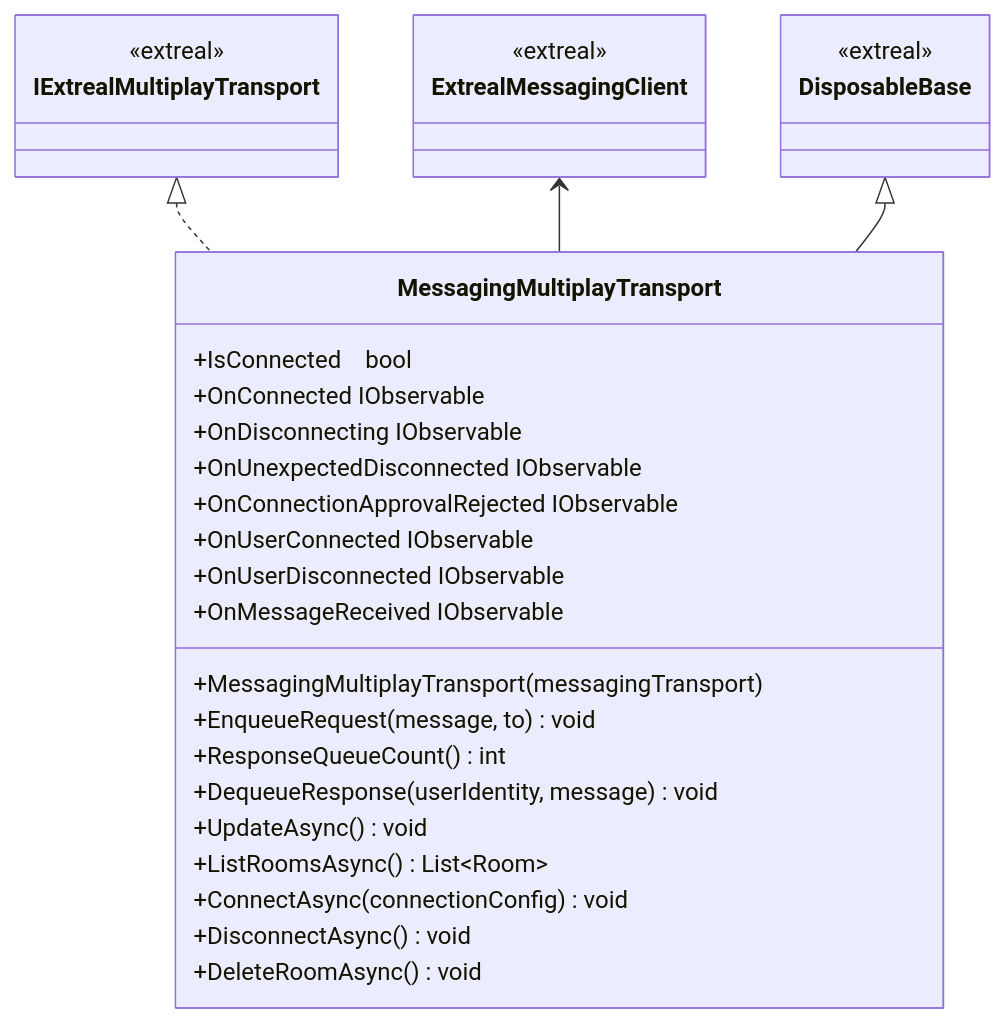
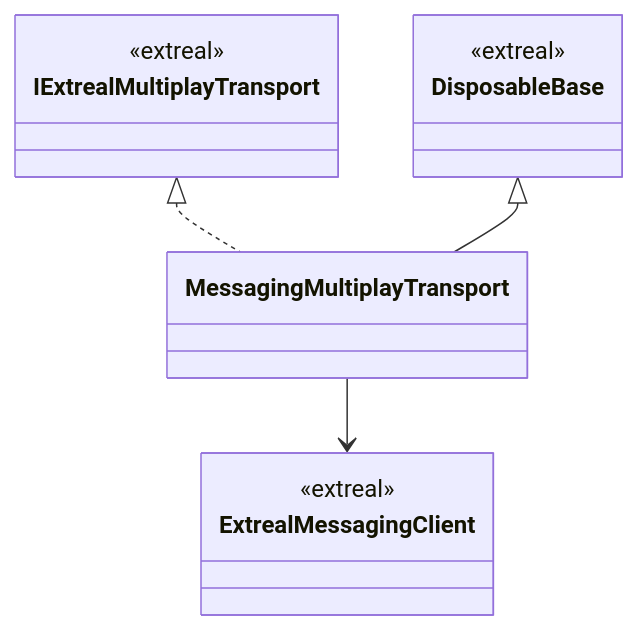
Before and after one commit to extreal-dev/Extreal.Guide: the diagram in docs/integration/multiplay.messing.md, drawn with Mermaid. The commit also changed 5 other files, not shown here.

````diff
--- a/docs/integration/multiplay.messing.md
+++ b/docs/integration/multiplay.messing.md
@@ -17,40 +17,22 @@
 ```mermaid
 classDiagram
 
     IExtrealMultiplayTransport <|.. MessagingMultiplayTransport
-    ExtrealMessagingClient <-- MessagingMultiplayTransport
     DisposableBase <|-- MessagingMultiplayTransport
+    MessagingMultiplayTransport --> ExtrealMessagingClient
 
     class MessagingMultiplayTransport {
-        +IsConnected　bool
-        +OnConnected IObservable
-        +OnDisconnecting IObservable
-        +OnUnexpectedDisconnected IObservable
-        +OnConnectionApprovalRejected IObservable
-        +OnUserConnected IObservable
-        +OnUserDisconnected IObservable
-        +OnMessageReceived IObservable
-        +MessagingMultiplayTransport(messagingTransport)
-        +EnqueueRequest(message, to) void
-        +ResponseQueueCount() int
-        +DequeueResponse(userIdentity, message) void
-
-        +UpdateAsync() void
-        +ListRoomsAsync() List~Room~
-        +ConnectAsync(connectionConfig) void
-        +DisconnectAsync() void
-        +DeleteRoomAsync() void
     }
 
     class IExtrealMultiplayTransport {
         <<extreal>>
     }
 
     class DisposableBase {
         <<extreal>>
     }
 
     class ExtrealMessagingClient {
         <<extreal>>
     }
 ```
````
